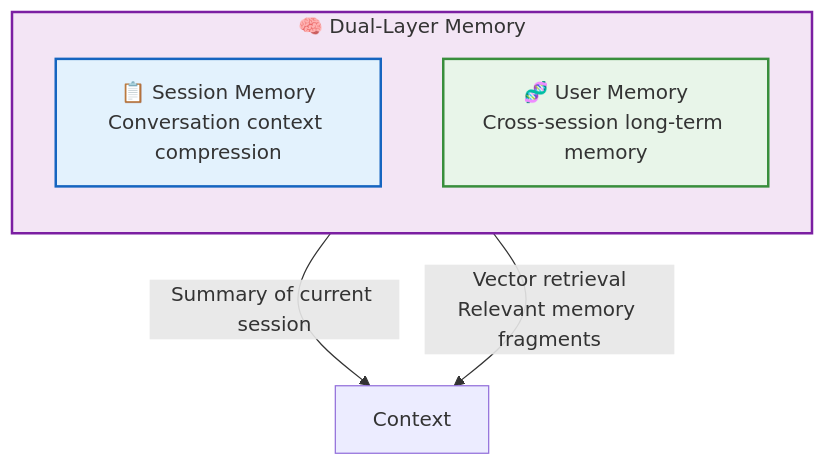
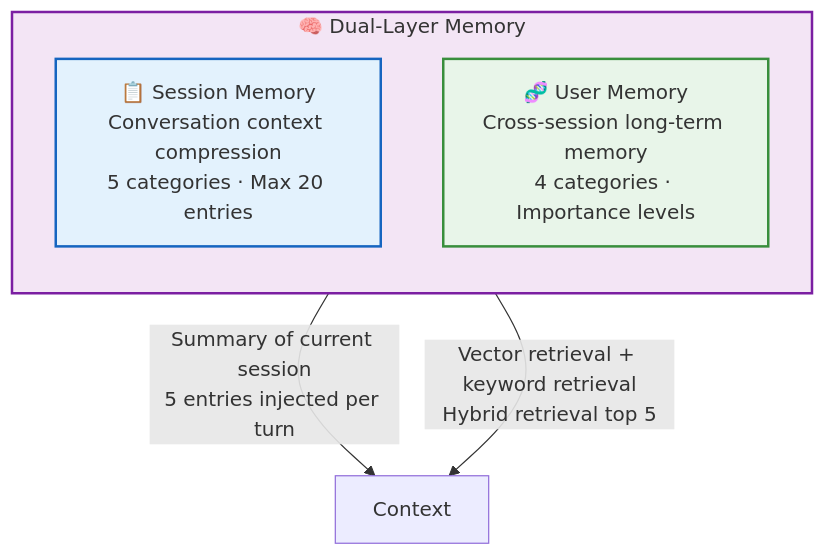
The eighth of 11 diagrams in src/content/docs/en/architecture/backend.md (rtc-agent/docs), drawn with Mermaid before and after one commit. The commit also changed other lines of this file and 60 other files, not shown here.

First line of the commit message:
docs(site): refresh documentation with new sections and improved diagrams

````diff
--- a/src/content/docs/en/architecture/backend.md
+++ b/src/content/docs/en/architecture/backend.md
@@ -162,15 +229,15 @@
 ```mermaid
 flowchart TD
     subgraph MEMORY["🧠 Dual-Layer Memory"]
         direction TB
-        SM["📋 Session Memory<br/>Conversation context compression"]
-        UM["🧬 User Memory<br/>Cross-session long-term memory"]
+        SM["📋 Session Memory<br/>Conversation context compression<br/>5 categories · Max 20 entries"]
+        UM["🧬 User Memory<br/>Cross-session long-term memory<br/>4 categories · Importance levels"]
     end
 
-    SM -->|"Summary of current session"| CTX["Context"]
-    UM -->|"Vector retrieval<br/>Relevant memory fragments"| CTX
+    SM -->|"Summary of current session<br/>5 entries injected per turn"| CTX["Context"]
+    UM -->|"Vector retrieval + keyword retrieval<br/>Hybrid retrieval top 5"| CTX
 
     style MEMORY fill:#f3e5f5,stroke:#7b1fa2,stroke-width:2px
     style SM fill:#e3f2fd,stroke:#1565c0,stroke-width:2px
     style UM fill:#e8f5e9,stroke:#388e3c,stroke-width:2px
 ```
````
